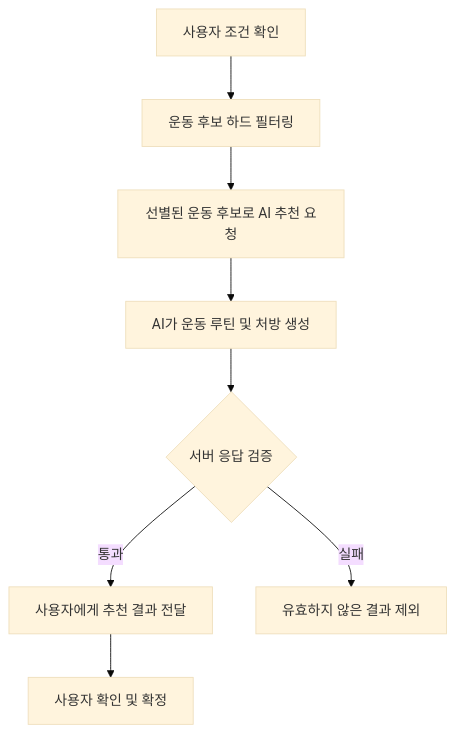
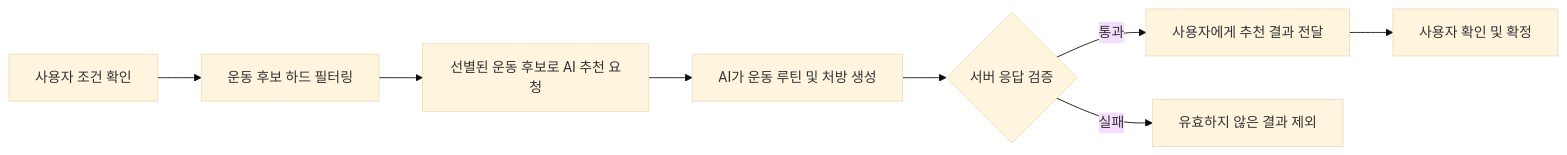
The second of 2 diagrams in README.md (fitmate-team/backend), drawn with Mermaid (base theme) before and after one commit.

Commit message:
Change flowchart direction from TD to LR
Updated flowchart direction in AI recommendation structure.

````diff
--- a/README.md
+++ b/README.md
@@ -121,10 +121,10 @@
 ```mermaid
-flowchart TD
+flowchart LR
     A["사용자 조건 확인"] --> B["운동 후보 하드 필터링"]
     B --> C["선별된 운동 후보로 AI 추천 요청"]
     C --> D["AI가 운동 루틴 및 처방 생성"]
     D --> E{"서버 응답 검증"}
     E -->|통과| F["사용자에게 추천 결과 전달"]
     F --> G["사용자 확인 및 확정"]
     E -->|실패| H["유효하지 않은 결과 제외"]
 ```
````
